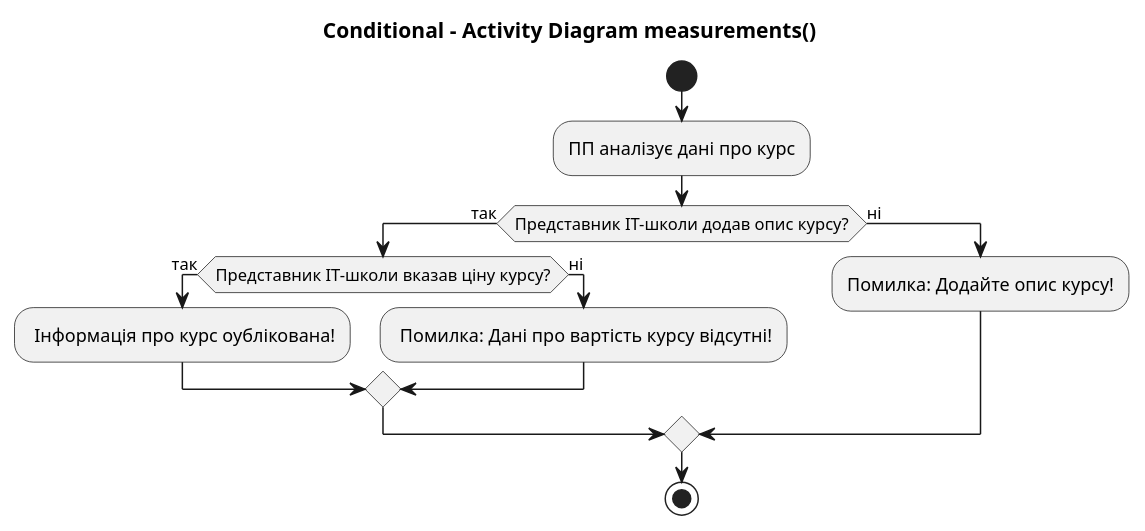
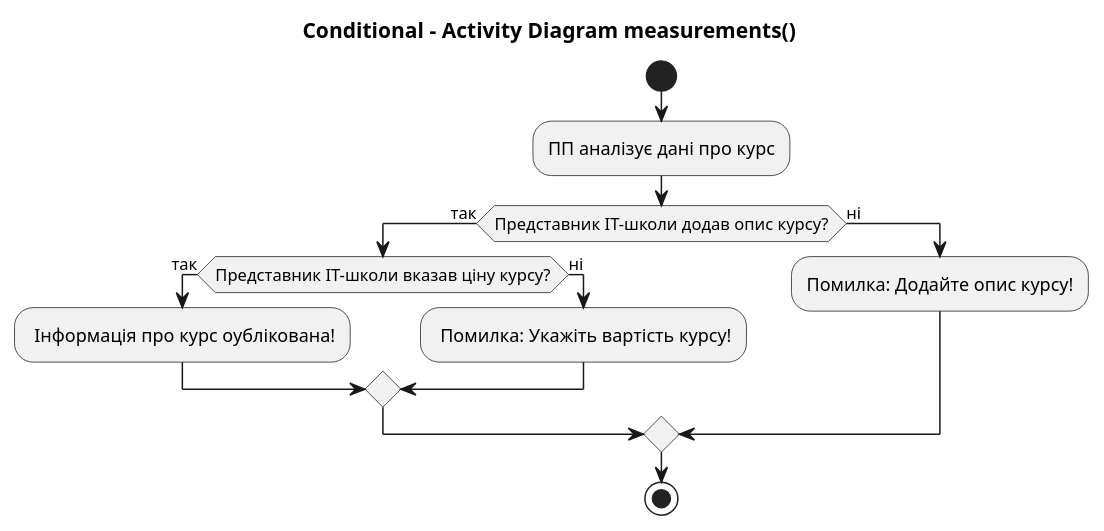
One commit to oleksandrblazhko/ai204-palona changed the diagram in 2-SoftwareDesign/2.7-PlantUML/UML-Activity.puml. Above: the diagram before and after it, drawn with PlantUML.

```diff
--- a/2-SoftwareDesign/2.7-PlantUML/UML-Activity.puml
+++ b/2-SoftwareDesign/2.7-PlantUML/UML-Activity.puml
@@ -1,22 +1,22 @@
 @startuml
 
 title Conditional - Activity Diagram measurements() 
 
 start
 
 :ПП аналізує дані про курс;
 
 
 if (Представник ІТ-школи додав опис курсу?) then (так)
   if (Представник ІТ-школи вказав ціну курсу?) then (так)
     : Інформація про курс оублікована!;
   else (ні)
-    : Помилка: Дані про вартість курсу відсутні!;
+    : Помилка: Укажіть вартість курсу!;
   endif
 else (ні)
   :Помилка: Додайте опис курсу!;
 endif
 
 stop
 
 @enduml
```
